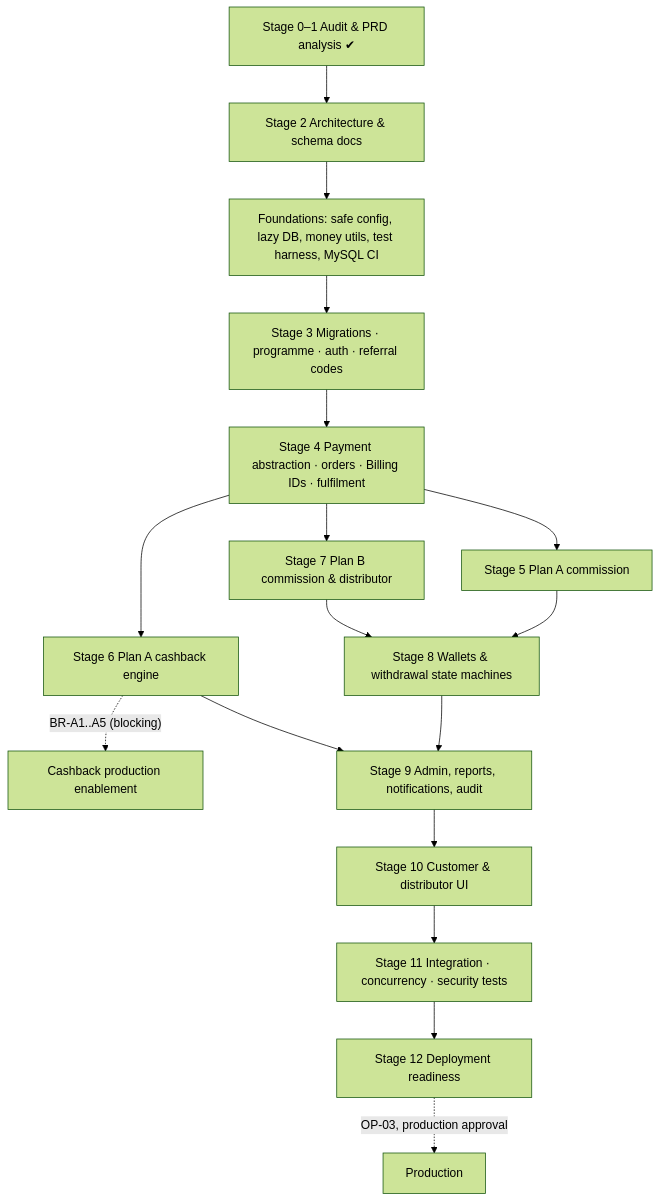
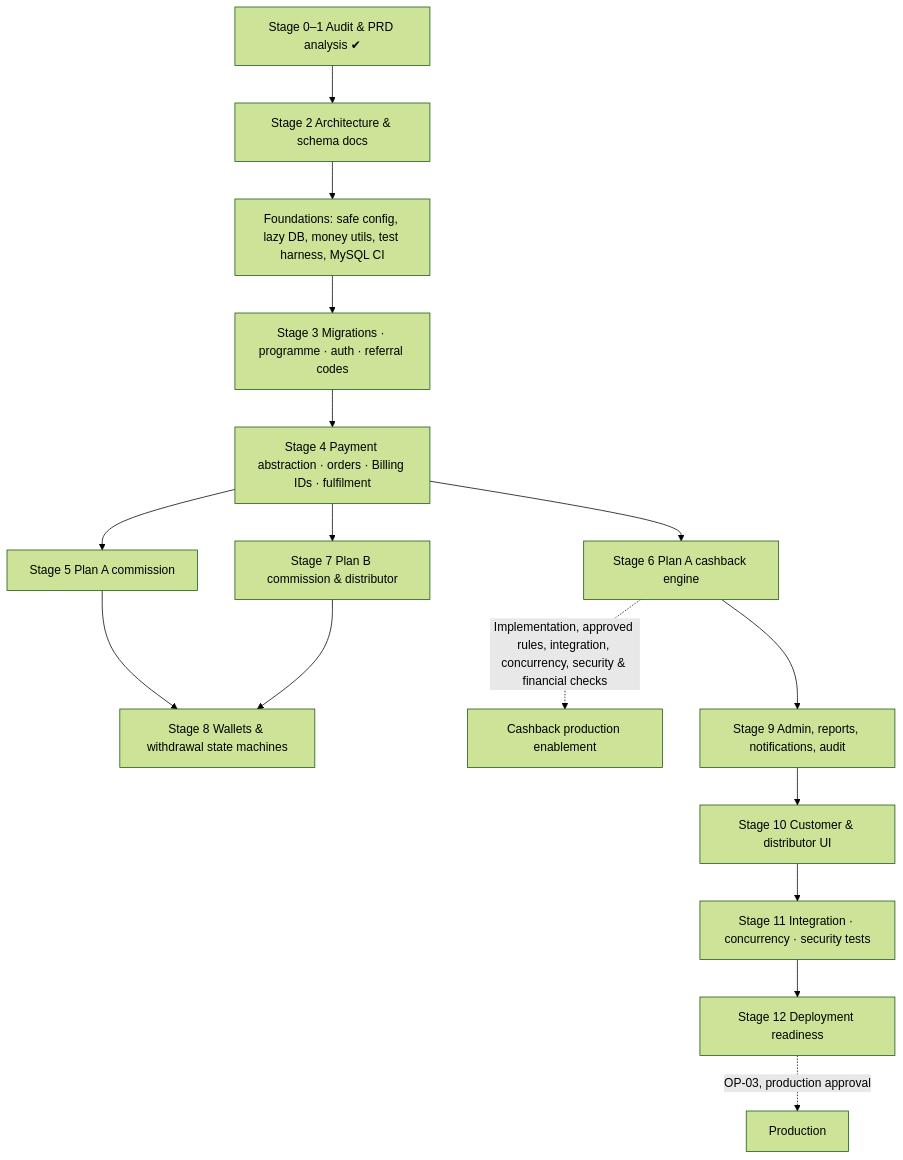
Before and after one commit to hiteshkumarh/ShopEasy: the sixth of 6 diagrams in docs/arya-global-final/04_IMPLEMENTATION_ROADMAP.md, drawn with Mermaid (forest theme). The commit also changed other lines of this file and 3 other files, not shown here.

Commit message:
docs(roadmap): update requirements traceability, business decisions, and progress for WP-4/5/6

````diff
--- a/docs/arya-global-final/04_IMPLEMENTATION_ROADMAP.md
+++ b/docs/arya-global-final/04_IMPLEMENTATION_ROADMAP.md
@@ -157,19 +159,18 @@
 ```mermaid
 flowchart TD
   S0[Stage 0–1 Audit & PRD analysis ✔] --> S2[Stage 2 Architecture & schema docs]
   S2 --> F0[Foundations: safe config, lazy DB, money utils, test harness, MySQL CI]
   F0 --> S3[Stage 3 Migrations · programme · auth · referral codes]
   S3 --> S4[Stage 4 Payment abstraction · orders · Billing IDs · fulfilment]
   S4 --> S5[Stage 5 Plan A commission]
   S4 --> S7[Stage 7 Plan B commission & distributor]
   S5 --> S8[Stage 8 Wallets & withdrawal state machines]
   S7 --> S8
   S4 --> S6[Stage 6 Plan A cashback engine]
-  S6 -. "BR-A1..A5 (blocking)" .-> S6P[Cashback production enablement]
-  S8 --> S9[Stage 9 Admin, reports, notifications, audit]
-  S6 --> S9
+  S6 -. "Implementation, approved rules, integration, concurrency, security & financial checks" .-> S6P[Cashback production enablement]
+  S6 --> S9[Stage 9 Admin, reports, notifications, audit]
   S9 --> S10[Stage 10 Customer & distributor UI]
   S10 --> S11[Stage 11 Integration · concurrency · security tests]
   S11 --> S12[Stage 12 Deployment readiness]
   S12 -. "OP-03, production approval" .-> GO[Production]
 ```
````
